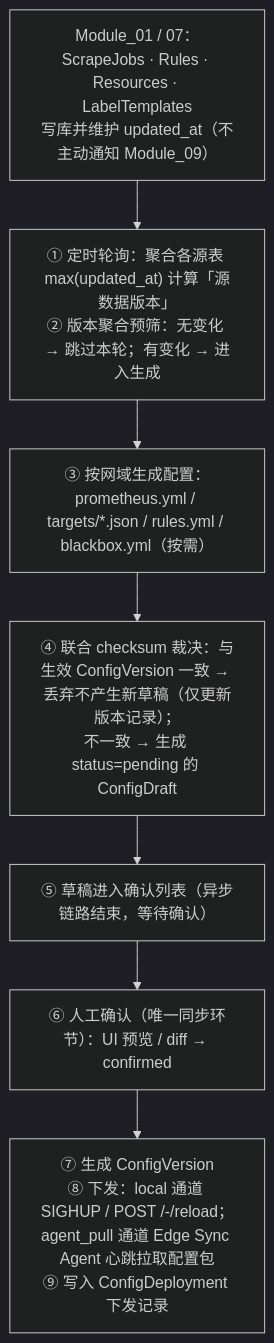
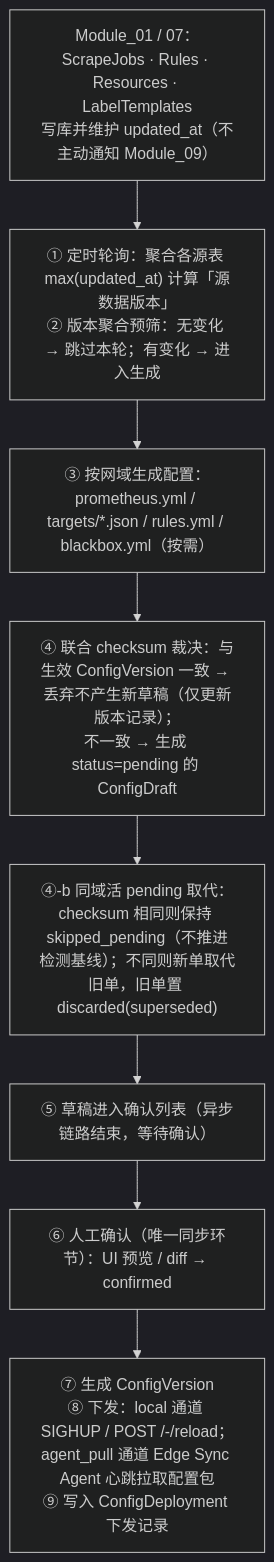
Before and after one commit to vickiechen1128/CNCF_Monitor: the second of 10 diagrams in docs/02-product-requirements/Modules/Module_09_Network_Domain_and_Edge_Config_Center.md, drawn with Mermaid (dark theme). The commit also changed other lines of this file and 6 other files, not shown here.

````diff
--- a/docs/02-product-requirements/Modules/Module_09_Network_Domain_and_Edge_Config_Center.md
+++ b/docs/02-product-requirements/Modules/Module_09_Network_Domain_and_Edge_Config_Center.md
@@ -421,11 +438,12 @@
 ```mermaid
 flowchart TD
   A["Module_01 / 07：ScrapeJobs · Rules · Resources · LabelTemplates<br/>写库并维护 updated_at（不主动通知 Module_09）"]
   B["① 定时轮询：聚合各源表 max(updated_at) 计算「源数据版本」<br/>② 版本聚合预筛：无变化 → 跳过本轮；有变化 → 进入生成"]
   C["③ 按网域生成配置：prometheus.yml / targets/*.json / rules.yml / blackbox.yml（按需）"]
   D["④ 联合 checksum 裁决：与生效 ConfigVersion 一致 → 丢弃不产生新草稿（仅更新版本记录）；<br/>不一致 → 生成 status=pending 的 ConfigDraft"]
   E["⑤ 草稿进入确认列表（异步链路结束，等待确认）"]
   F["⑥ 人工确认（唯一同步环节）：UI 预览 / diff → confirmed"]
   G["⑦ 生成 ConfigVersion<br/>⑧ 下发：local 通道 SIGHUP / POST /-/reload；agent_pull 通道 Edge Sync Agent 心跳拉取配置包<br/>⑨ 写入 ConfigDeployment 下发记录"]
-  A --> B --> C --> D --> E --> F --> G
+  E1["④-b 同域活 pending 取代：checksum 相同则保持 skipped_pending（不推进检测基线）；不同则新单取代旧单，旧单置 discarded(superseded)"]
+  A --> B --> C --> D --> E1 --> E --> F --> G
 ```
````
